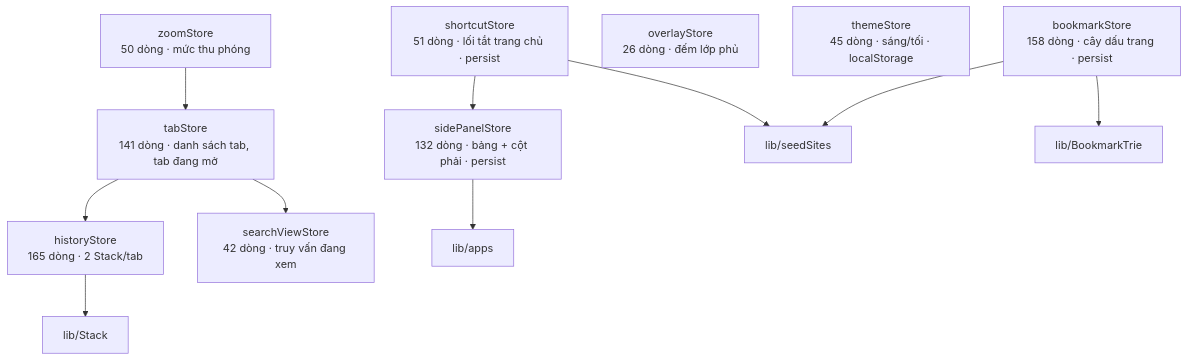
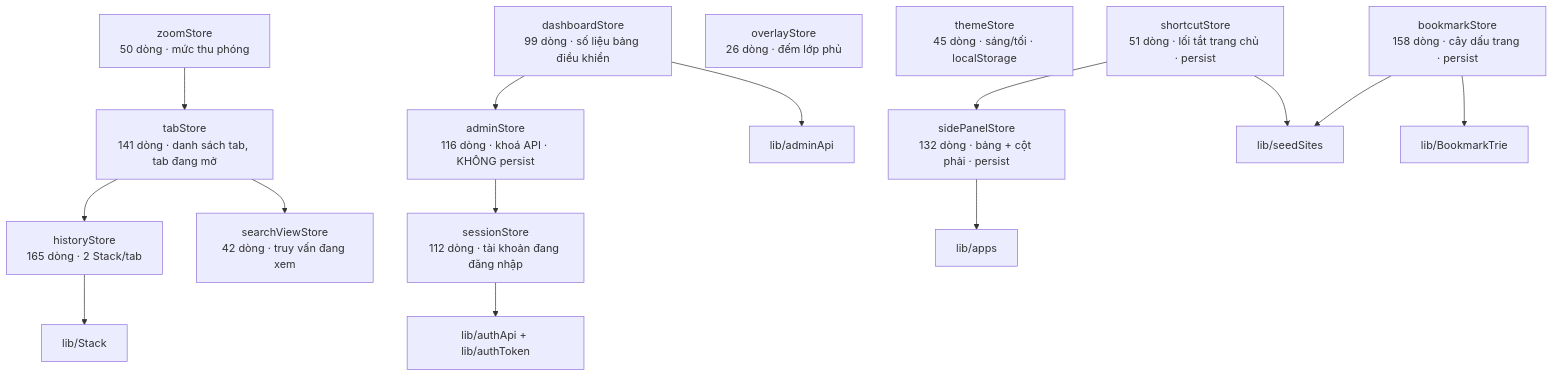
The seventh of 8 diagrams in docs/FRONTEND.md (KietAnhCS/CocCoc-Plus), drawn with Mermaid before and after one commit. The commit also changed other lines of this file and 71 other files, not shown here.

First line of the commit message:
feat: add accounts, roles and admin dashboard (#23)

````diff
--- a/docs/FRONTEND.md
+++ b/docs/FRONTEND.md
@@ -565,22 +565,29 @@
 ```mermaid
 flowchart TD
     TS["tabStore<br/>141 dòng · danh sách tab, tab đang mở"]
     HS["historyStore<br/>165 dòng · 2 Stack/tab"]
     SV["searchViewStore<br/>42 dòng · truy vấn đang xem"]
     BM["bookmarkStore<br/>158 dòng · cây dấu trang · persist"]
     SP["sidePanelStore<br/>132 dòng · bảng + cột phải · persist"]
     SC["shortcutStore<br/>51 dòng · lối tắt trang chủ · persist"]
     OV["overlayStore<br/>26 dòng · đếm lớp phủ"]
     TH["themeStore<br/>45 dòng · sáng/tối · localStorage"]
     ZM["zoomStore<br/>50 dòng · mức thu phóng"]
+    SS["sessionStore<br/>112 dòng · tài khoản đang đăng nhập"]
+    AD["adminStore<br/>116 dòng · khoá API · KHÔNG persist"]
+    DB["dashboardStore<br/>99 dòng · số liệu bảng điều khiển"]
 
     TS --> HS
     TS --> SV
     ZM --> TS
+    DB --> AD
+    AD --> SS
+    SS --> AUTH["lib/authApi + lib/authToken"]
+    DB --> ADM["lib/adminApi"]
     SC --> SP
     BM --> SEED["lib/seedSites"]
     SC --> SEED
     SP --> APPS["lib/apps"]
     HS --> STK["lib/Stack"]
     BM --> TRIE["lib/BookmarkTrie"]
 ```
````
